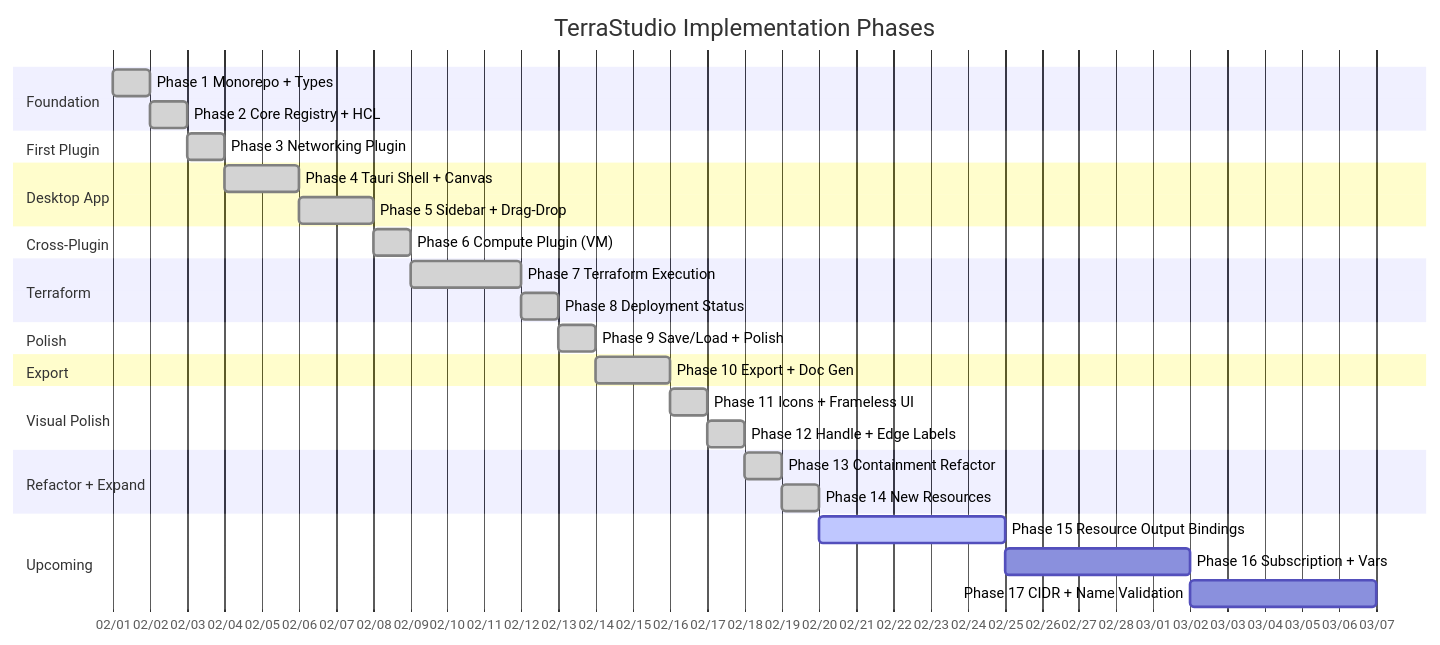
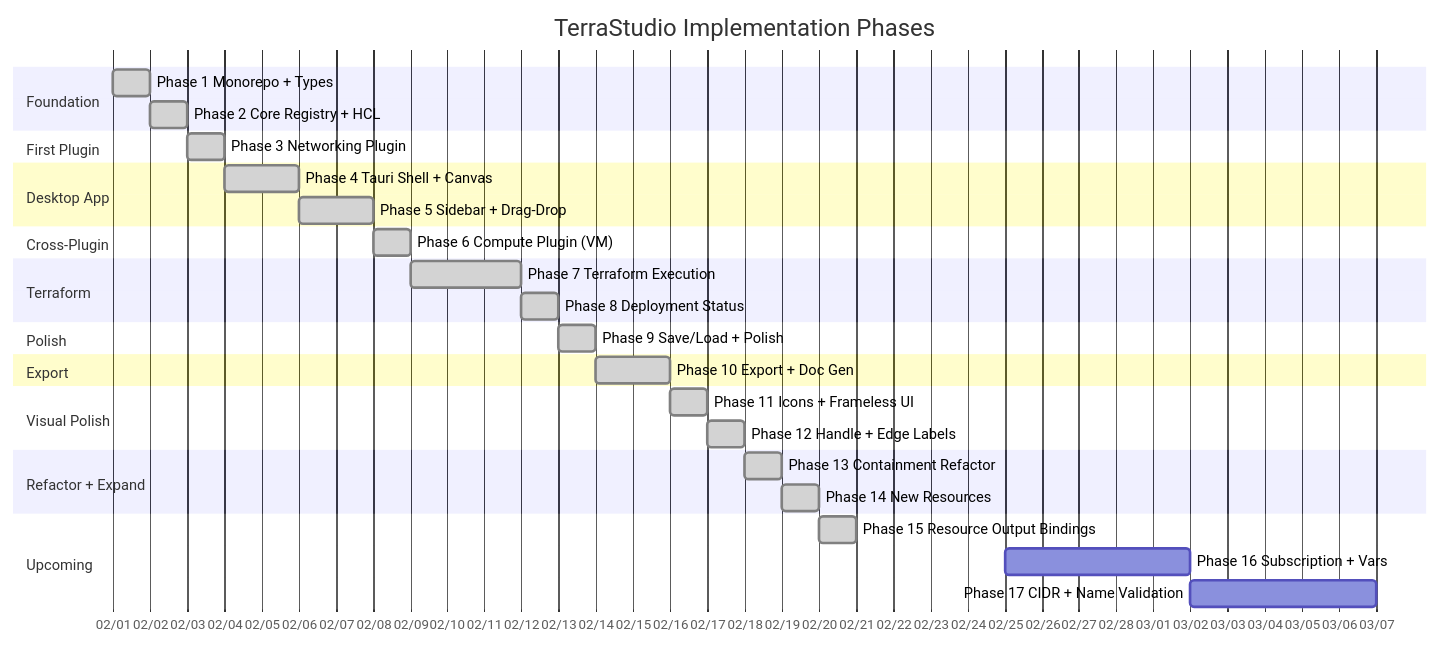
One commit to afroze9/terrastudio changed the diagram in docs/implementation-roadmap.md. Above: the diagram before and after it, drawn with Mermaid. The commit also changed other lines of this file and 31 other files, not shown here.

First line of the commit message:
feat: Phase 15 - resource output bindings with decoupled acceptsOutputs system

````diff
--- a/docs/implementation-roadmap.md
+++ b/docs/implementation-roadmap.md
@@ -11,44 +11,44 @@
 ```mermaid
 gantt
     title TerraStudio Implementation Phases
     dateFormat YYYY-MM-DD
     axisFormat %m/%d
     tickInterval 1day
 
     section Foundation
     Phase 1 Monorepo + Types         :done, p1, 2026-02-01, 2026-02-02
     Phase 2 Core Registry + HCL      :done, p2, 2026-02-02, 2026-02-03
 
     section First Plugin
     Phase 3 Networking Plugin         :done, p3, 2026-02-03, 2026-02-04
 
     section Desktop App
     Phase 4 Tauri Shell + Canvas      :done, p4, 2026-02-04, 2026-02-06
     Phase 5 Sidebar + Drag-Drop       :done, p5, 2026-02-06, 2026-02-08
 
     section Cross-Plugin
     Phase 6 Compute Plugin (VM)       :done, p6, 2026-02-08, 2026-02-09
 
     section Terraform
     Phase 7 Terraform Execution       :done, p7, 2026-02-09, 2026-02-12
     Phase 8 Deployment Status         :done, p8, 2026-02-12, 2026-02-13
 
     section Polish
     Phase 9 Save/Load + Polish        :done, p9, 2026-02-13, 2026-02-14
 
     section Export
     Phase 10 Export + Doc Gen         :done, p10, 2026-02-14, 2026-02-16
 
     section Visual Polish
     Phase 11 Icons + Frameless UI     :done, p11, 2026-02-16, 2026-02-17
     Phase 12 Handle + Edge Labels     :done, p12, 2026-02-17, 2026-02-18
 
     section Refactor + Expand
     Phase 13 Containment Refactor     :done, p13, 2026-02-18, 2026-02-19
     Phase 14 New Resources            :done, p14, 2026-02-19, 2026-02-20
 
     section Upcoming
-    Phase 15 Resource Output Bindings :active, p15, 2026-02-20, 2026-02-25
+    Phase 15 Resource Output Bindings :done, p15, 2026-02-20, 2026-02-21
     Phase 16 Subscription + Vars      :p16, 2026-02-25, 2026-03-02
     Phase 17 CIDR + Name Validation   :p17, 2026-03-02, 2026-03-07
 ```
````
